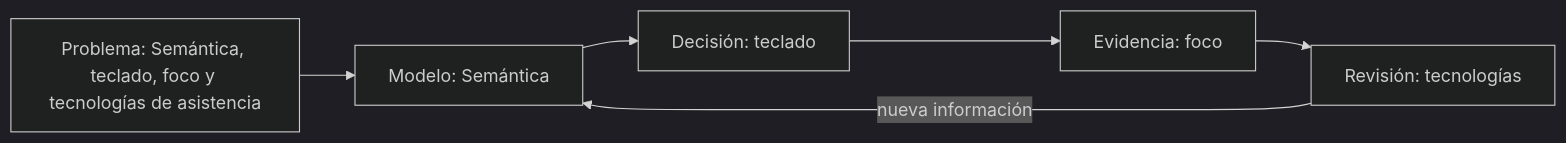
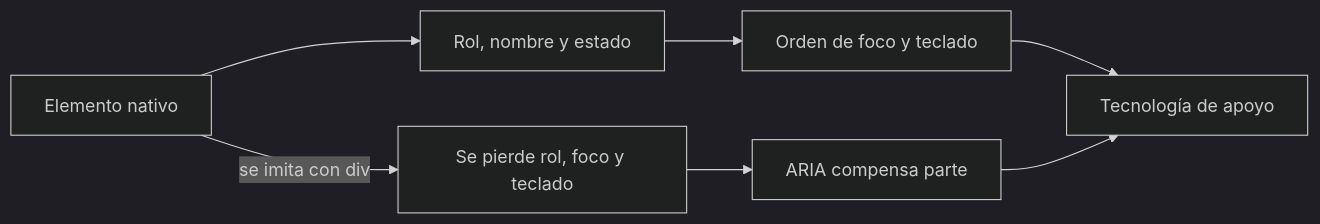
Before and after one commit to vladimiracunadev-create/modern-software-engineering-program: the diagram in classes/part-14-experiencia-accesibilidad-e-internacionalizacion/se-174-semantica-teclado-foco-y-tecnologias-de-asistencia/README.md, drawn with Mermaid (dark theme). The commit also changed other lines of this file and 117 other files, not shown here.

````diff
--- a/classes/part-14-experiencia-accesibilidad-e-internacionalizacion/se-174-semantica-teclado-foco-y-tecnologias-de-asistencia/README.md
+++ b/classes/part-14-experiencia-accesibilidad-e-internacionalizacion/se-174-semantica-teclado-foco-y-tecnologias-de-asistencia/README.md
@@ -40,8 +53,9 @@
 ```mermaid
 flowchart LR
-    P["Problema: Semántica, teclado, foco y tecnologías de asistencia"] --> M["Modelo: Semántica"]
-    M --> D["Decisión: teclado"]
-    D --> E["Evidencia: foco"]
-    E --> R["Revisión: tecnologías"]
-    R -->|nueva información| M
+    A[Elemento nativo] --> B[Rol, nombre y estado]
+    B --> C[Orden de foco y teclado]
+    C --> D[Tecnología de apoyo]
+    A -->|se imita con div| E[Se pierde rol, foco y teclado]
+    E --> F[ARIA compensa parte]
+    F --> D
 ```
````
